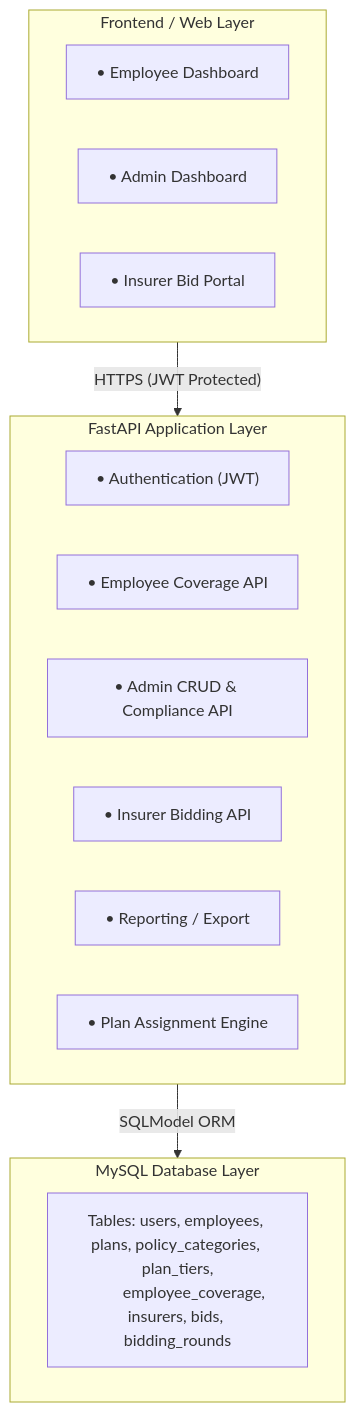
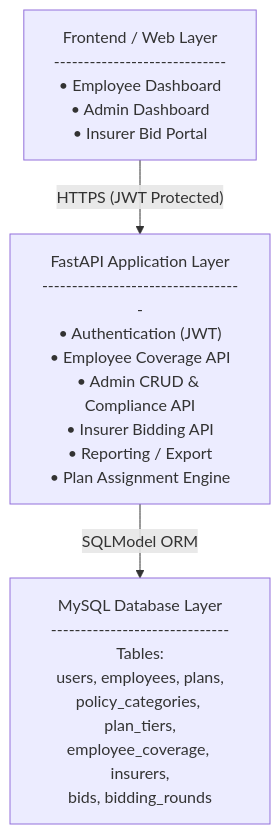
One commit to Sally-Gaohuang/tcx3901 changed the diagram in README.md. Above: the diagram before and after it, drawn with Mermaid. The commit also changed other lines of this file, not shown here.

````diff
--- a/README.md
+++ b/README.md
@@ -81,26 +81,32 @@
 ```mermaid
 flowchart TD
 
-subgraph Frontend["Frontend / Web Layer"]
-    F1["• Employee Dashboard"]
-    F2["• Admin Dashboard"]
-    F3["• Insurer Bid Portal"]
-end
+Frontend["Frontend / Web Layer
+-----------------------------
+• Employee Dashboard
+• Admin Dashboard
+• Insurer Bid Portal"]
 
-subgraph FastAPI["FastAPI Application Layer"]
-    A1["• Authentication (JWT)"]
-    A2["• Employee Coverage API"]
-    A3["• Admin CRUD & Compliance API"]
-    A4["• Insurer Bidding API"]
-    A5["• Reporting / Export"]
-    A6["• Plan Assignment Engine"]
-end
 
-subgraph MySQL["MySQL Database Layer"]
-    DB["Tables: users, employees, plans, policy_categories, plan_tiers,
-         employee_coverage, insurers, bids, bidding_rounds"]
-end
+FastAPI["FastAPI Application Layer
+----------------------------------
+• Authentication (JWT)
+• Employee Coverage API
+• Admin CRUD & Compliance API
+• Insurer Bidding API
+• Reporting / Export
+• Plan Assignment Engine"]
+
+
+Database["MySQL Database Layer
+------------------------------
+Tables:
+users, employees, plans,
+policy_categories, plan_tiers,
+employee_coverage, insurers,
+bids, bidding_rounds"]
+
 
 Frontend -->|"HTTPS (JWT Protected)"| FastAPI
-FastAPI -->|"SQLModel ORM"| MySQL
+FastAPI -->|"SQLModel ORM"| Database
 ```
````
